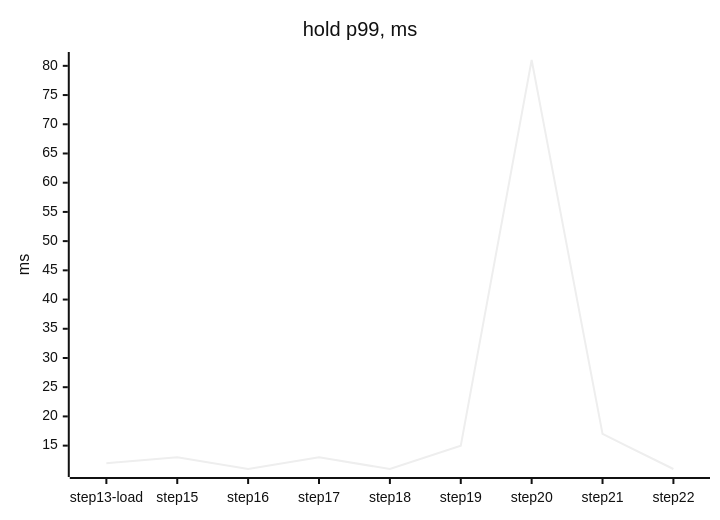
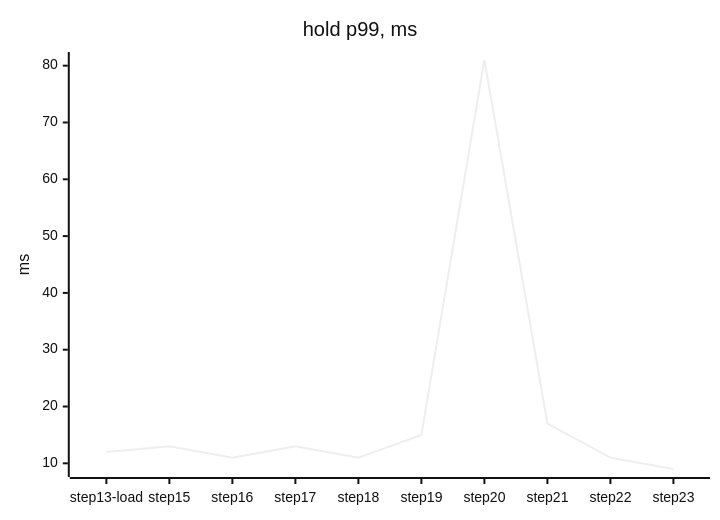
Before and after one commit to tanvoid0/ledgerflow: the second of 4 diagrams in docs/perf/README.md, drawn with Mermaid (neutral theme). The commit also changed other lines of this file and 5 other files, not shown here.

````diff
--- a/docs/perf/README.md
+++ b/docs/perf/README.md
@@ -51,7 +53,7 @@
 ```mermaid
 xychart-beta
     title "hold p99, ms"
-    x-axis ["step13-load", "step15", "step16", "step17", "step18", "step19", "step20", "step21", "step22"]
+    x-axis ["step13-load", "step15", "step16", "step17", "step18", "step19", "step20", "step21", "step22", "step23"]
     y-axis "ms"
-    line [12, 13, 11, 13, 11, 15, 81, 17, 11]
+    line [12, 13, 11, 13, 11, 15, 81, 17, 11, 9]
 ```
````
